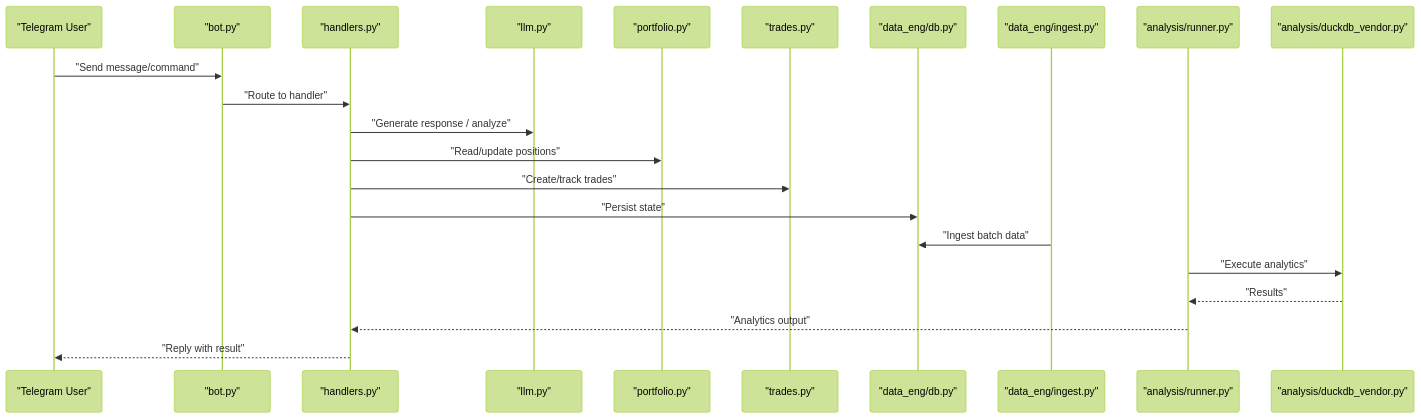
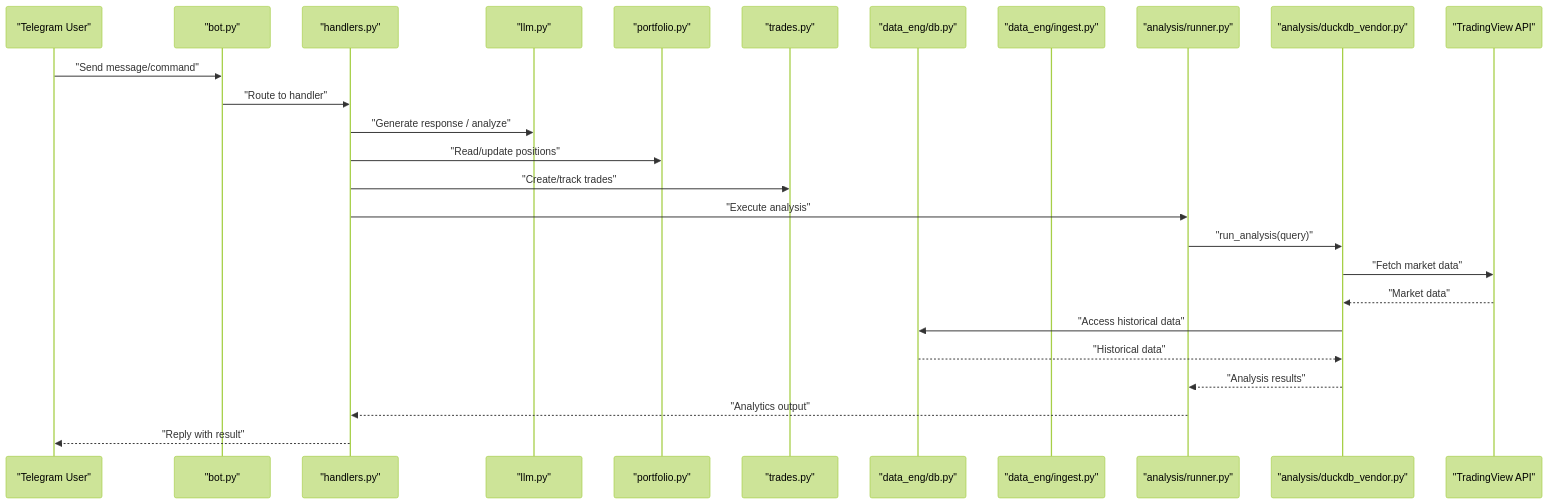
The second of 11 diagrams in .qoder/repowiki/en/content/Core Components/Analysis Framework.md (ZengSeng/telegram-bot), drawn with Mermaid (forest theme) before and after one commit. The commit also changed other lines of this file and 24 other files, not shown here.

````diff
--- a/.qoder/repowiki/en/content/Core Components/Analysis Framework.md
+++ b/.qoder/repowiki/en/content/Core Components/Analysis Framework.md
@@ -141,24 +156,28 @@
 ```mermaid
 sequenceDiagram
 participant User as "Telegram User"
 participant Bot as "bot.py"
 participant Handler as "handlers.py"
 participant LLM as "llm.py"
 participant Portfolio as "portfolio.py"
 participant Trades as "trades.py"
 participant DB as "data_eng/db.py"
 participant Ingest as "data_eng/ingest.py"
 participant Runner as "analysis/runner.py"
 participant DuckDB as "analysis/duckdb_vendor.py"
+participant TradingView as "TradingView API"
 User->>Bot : "Send message/command"
 Bot->>Handler : "Route to handler"
 Handler->>LLM : "Generate response / analyze"
 Handler->>Portfolio : "Read/update positions"
 Handler->>Trades : "Create/track trades"
-Handler->>DB : "Persist state"
-Ingest->>DB : "Ingest batch data"
-Runner->>DuckDB : "Execute analytics"
-DuckDB-->>Runner : "Results"
+Handler->>Runner : "Execute analysis"
+Runner->>DuckDB : "run_analysis(query)"
+DuckDB->>TradingView : "Fetch market data"
+TradingView-->>DuckDB : "Market data"
+DuckDB->>DB : "Access historical data"
+DB-->>DuckDB : "Historical data"
+DuckDB-->>Runner : "Analysis results"
 Runner-->>Handler : "Analytics output"
 Handler-->>User : "Reply with result"
 ```
````
